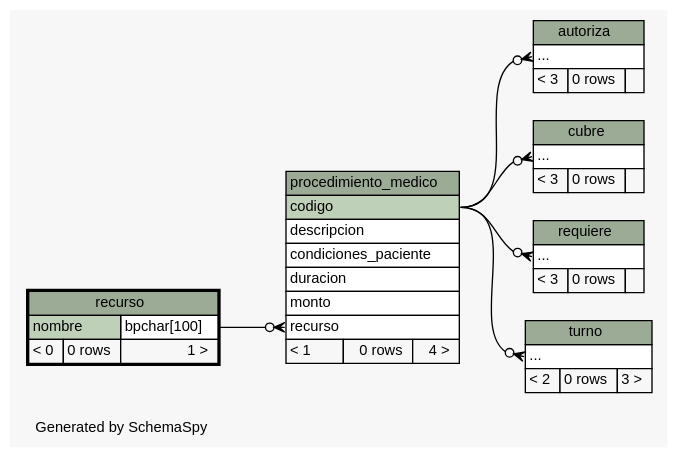
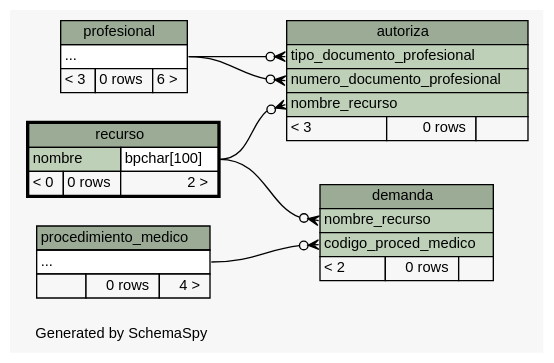
The diagram in tp1/build/schema/diagrams/recurso.2degrees.dot (smpiano/bd-1cuat-2014-agenda-med), drawn with Graphviz before and after one commit. The commit also changed 165 other files, not shown here.

```diff
--- a/tp1/build/schema/diagrams/recurso.2degrees.dot
+++ b/tp1/build/schema/diagrams/recurso.2degrees.dot
@@ -1,92 +1,80 @@
 // dot 2.26.3 on Linux 3.8.0-35-generic
 // SchemaSpy rev 590
 digraph "twoDegreesRelationshipsDiagram" {
   graph [
     rankdir="RL"
     bgcolor="#f7f7f7"
     label="\nGenerated by SchemaSpy"
     labeljust="l"
     nodesep="0.18"
     ranksep="0.46"
     fontname="Helvetica"
     fontsize="11"
   ];
   node [
     fontname="Helvetica"
     fontsize="11"
     shape="plaintext"
   ];
   edge [
     arrowsize="0.8"
   ];
-  "autoriza":"elipses":w -> "procedimiento_medico":"codigo":e [arrowhead=none dir=back arrowtail=crowodot];
-  "cubre":"elipses":w -> "procedimiento_medico":"codigo":e [arrowhead=none dir=back arrowtail=crowodot];
-  "procedimiento_medico":"recurso":w -> "recurso":"nombre.type":e [arrowhead=none dir=back arrowtail=crowodot];
-  "requiere":"elipses":w -> "procedimiento_medico":"codigo":e [arrowhead=none dir=back arrowtail=crowodot];
-  "turno":"elipses":w -> "procedimiento_medico":"codigo":e [arrowhead=none dir=back arrowtail=crowodot];
+  "autoriza":"nombre_recurso":w -> "recurso":"nombre.type":e [arrowhead=none dir=back arrowtail=crowodot];
+  "autoriza":"numero_documento_profesional":w -> "profesional":"elipses":e [arrowhead=none dir=back arrowtail=crowodot];
+  "autoriza":"tipo_documento_profesional":w -> "profesional":"elipses":e [arrowhead=none dir=back arrowtail=crowodot];
+  "demanda":"codigo_proced_medico":w -> "procedimiento_medico":"elipses":e [arrowhead=none dir=back arrowtail=crowodot];
+  "demanda":"nombre_recurso":w -> "recurso":"nombre.type":e [arrowhead=none dir=back arrowtail=crowodot];
   "autoriza" [
     label=<
     <TABLE BORDER="0" CELLBORDER="1" CELLSPACING="0" BGCOLOR="#ffffff">
       <TR><TD COLSPAN="3" BGCOLOR="#9bab96" ALIGN="CENTER">autoriza</TD></TR>
-      <TR><TD PORT="elipses" COLSPAN="3" ALIGN="LEFT">...</TD></TR>
+      <TR><TD PORT="tipo_documento_profesional" COLSPAN="3" BGCOLOR="#bed1b8" ALIGN="LEFT">tipo_documento_profesional</TD></TR>
+      <TR><TD PORT="numero_documento_profesional" COLSPAN="3" BGCOLOR="#bed1b8" ALIGN="LEFT">numero_documento_profesional</TD></TR>
+      <TR><TD PORT="nombre_recurso" COLSPAN="3" BGCOLOR="#bed1b8" ALIGN="LEFT">nombre_recurso</TD></TR>
       <TR><TD ALIGN="LEFT" BGCOLOR="#f7f7f7">&lt; 3</TD><TD ALIGN="RIGHT" BGCOLOR="#f7f7f7">0 rows</TD><TD ALIGN="RIGHT" BGCOLOR="#f7f7f7">  </TD></TR>
     </TABLE>>
     URL="autoriza.html"
     tooltip="autoriza"
   ];
-  "cubre" [
+  "demanda" [
     label=<
     <TABLE BORDER="0" CELLBORDER="1" CELLSPACING="0" BGCOLOR="#ffffff">
-      <TR><TD COLSPAN="3" BGCOLOR="#9bab96" ALIGN="CENTER">cubre</TD></TR>
-      <TR><TD PORT="elipses" COLSPAN="3" ALIGN="LEFT">...</TD></TR>
-      <TR><TD ALIGN="LEFT" BGCOLOR="#f7f7f7">&lt; 3</TD><TD ALIGN="RIGHT" BGCOLOR="#f7f7f7">0 rows</TD><TD ALIGN="RIGHT" BGCOLOR="#f7f7f7">  </TD></TR>
+      <TR><TD COLSPAN="3" BGCOLOR="#9bab96" ALIGN="CENTER">demanda</TD></TR>
+      <TR><TD PORT="nombre_recurso" COLSPAN="3" BGCOLOR="#bed1b8" ALIGN="LEFT">nombre_recurso</TD></TR>
+      <TR><TD PORT="codigo_proced_medico" COLSPAN="3" BGCOLOR="#bed1b8" ALIGN="LEFT">codigo_proced_medico</TD></TR>
+      <TR><TD ALIGN="LEFT" BGCOLOR="#f7f7f7">&lt; 2</TD><TD ALIGN="RIGHT" BGCOLOR="#f7f7f7">0 rows</TD><TD ALIGN="RIGHT" BGCOLOR="#f7f7f7">  </TD></TR>
     </TABLE>>
-    URL="cubre.html"
-    tooltip="cubre"
+    URL="demanda.html"
+    tooltip="demanda"
   ];
   "procedimiento_medico" [
     label=<
     <TABLE BORDER="0" CELLBORDER="1" CELLSPACING="0" BGCOLOR="#ffffff">
       <TR><TD COLSPAN="3" BGCOLOR="#9bab96" ALIGN="CENTER">procedimiento_medico</TD></TR>
-      <TR><TD PORT="codigo" COLSPAN="3" BGCOLOR="#bed1b8" ALIGN="LEFT">codigo</TD></TR>
-      <TR><TD PORT="descripcion" COLSPAN="3" ALIGN="LEFT">descripcion</TD></TR>
-      <TR><TD PORT="condiciones_paciente" COLSPAN="3" ALIGN="LEFT">condiciones_paciente</TD></TR>
-      <TR><TD PORT="duracion" COLSPAN="3" ALIGN="LEFT">duracion</TD></TR>
-      <TR><TD PORT="monto" COLSPAN="3" ALIGN="LEFT">monto</TD></TR>
-      <TR><TD PORT="recurso" COLSPAN="3" ALIGN="LEFT">recurso</TD></TR>
-      <TR><TD ALIGN="LEFT" BGCOLOR="#f7f7f7">&lt; 1</TD><TD ALIGN="RIGHT" BGCOLOR="#f7f7f7">0 rows</TD><TD ALIGN="RIGHT" BGCOLOR="#f7f7f7">4 &gt;</TD></TR>
+      <TR><TD PORT="elipses" COLSPAN="3" ALIGN="LEFT">...</TD></TR>
+      <TR><TD ALIGN="LEFT" BGCOLOR="#f7f7f7">  </TD><TD ALIGN="RIGHT" BGCOLOR="#f7f7f7">0 rows</TD><TD ALIGN="RIGHT" BGCOLOR="#f7f7f7">4 &gt;</TD></TR>
     </TABLE>>
     URL="procedimiento_medico.html"
     tooltip="procedimiento_medico"
+  ];
+  "profesional" [
+    label=<
+    <TABLE BORDER="0" CELLBORDER="1" CELLSPACING="0" BGCOLOR="#ffffff">
+      <TR><TD COLSPAN="3" BGCOLOR="#9bab96" ALIGN="CENTER">profesional</TD></TR>
+      <TR><TD PORT="elipses" COLSPAN="3" ALIGN="LEFT">...</TD></TR>
+      <TR><TD ALIGN="LEFT" BGCOLOR="#f7f7f7">&lt; 3</TD><TD ALIGN="RIGHT" BGCOLOR="#f7f7f7">0 rows</TD><TD ALIGN="RIGHT" BGCOLOR="#f7f7f7">6 &gt;</TD></TR>
+    </TABLE>>
+    URL="profesional.html"
+    tooltip="profesional"
   ];
   "recurso" [
     label=<
     <TABLE BORDER="2" CELLBORDER="1" CELLSPACING="0" BGCOLOR="#ffffff">
       <TR><TD COLSPAN="3" BGCOLOR="#9bab96" ALIGN="CENTER">recurso</TD></TR>
       <TR><TD PORT="nombre" COLSPAN="2" BGCOLOR="#bed1b8" ALIGN="LEFT">nombre</TD><TD PORT="nombre.type" ALIGN="LEFT">bpchar[100]</TD></TR>
-      <TR><TD ALIGN="LEFT" BGCOLOR="#f7f7f7">&lt; 0</TD><TD ALIGN="RIGHT" BGCOLOR="#f7f7f7">0 rows</TD><TD ALIGN="RIGHT" BGCOLOR="#f7f7f7">1 &gt;</TD></TR>
+      <TR><TD ALIGN="LEFT" BGCOLOR="#f7f7f7">&lt; 0</TD><TD ALIGN="RIGHT" BGCOLOR="#f7f7f7">0 rows</TD><TD ALIGN="RIGHT" BGCOLOR="#f7f7f7">2 &gt;</TD></TR>
     </TABLE>>
     URL="recurso.html"
     tooltip="recurso"
   ];
-  "requiere" [
-    label=<
-    <TABLE BORDER="0" CELLBORDER="1" CELLSPACING="0" BGCOLOR="#ffffff">
-      <TR><TD COLSPAN="3" BGCOLOR="#9bab96" ALIGN="CENTER">requiere</TD></TR>
-      <TR><TD PORT="elipses" COLSPAN="3" ALIGN="LEFT">...</TD></TR>
-      <TR><TD ALIGN="LEFT" BGCOLOR="#f7f7f7">&lt; 3</TD><TD ALIGN="RIGHT" BGCOLOR="#f7f7f7">0 rows</TD><TD ALIGN="RIGHT" BGCOLOR="#f7f7f7">  </TD></TR>
-    </TABLE>>
-    URL="requiere.html"
-    tooltip="requiere"
-  ];
-  "turno" [
-    label=<
-    <TABLE BORDER="0" CELLBORDER="1" CELLSPACING="0" BGCOLOR="#ffffff">
-      <TR><TD COLSPAN="3" BGCOLOR="#9bab96" ALIGN="CENTER">turno</TD></TR>
-      <TR><TD PORT="elipses" COLSPAN="3" ALIGN="LEFT">...</TD></TR>
-      <TR><TD ALIGN="LEFT" BGCOLOR="#f7f7f7">&lt; 2</TD><TD ALIGN="RIGHT" BGCOLOR="#f7f7f7">0 rows</TD><TD ALIGN="RIGHT" BGCOLOR="#f7f7f7">3 &gt;</TD></TR>
-    </TABLE>>
-    URL="turno.html"
-    tooltip="turno"
-  ];
 }
```
